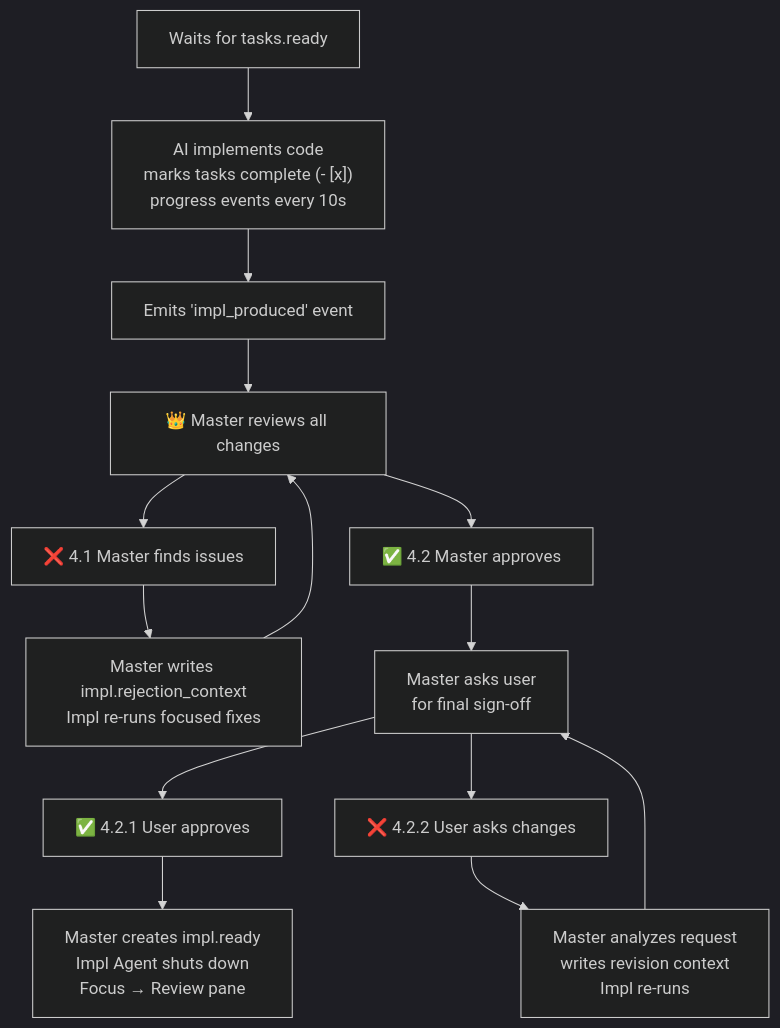
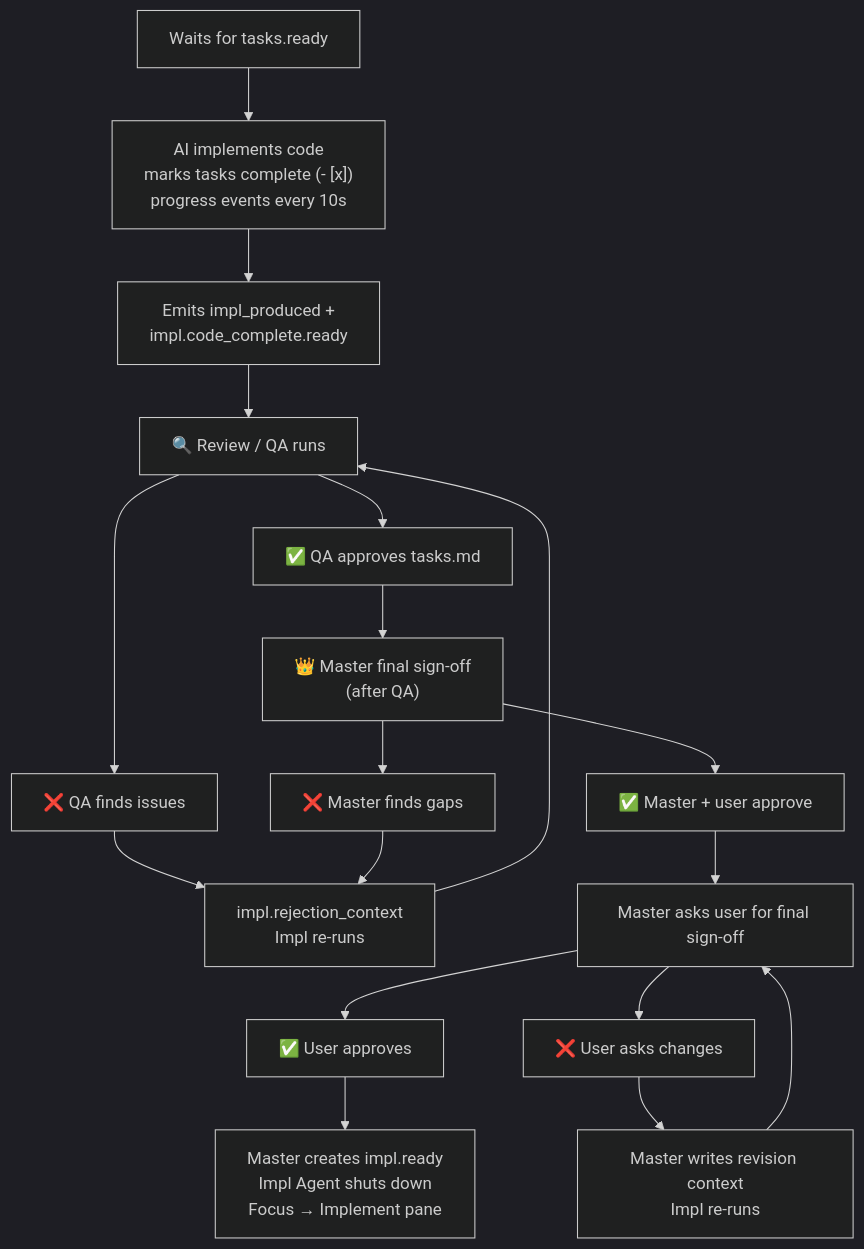
The fifth of 7 diagrams in docs/AGENT-COMMUNICATION.md (weprodev/FlowAI), drawn with Mermaid (dark theme) before and after one commit. The commit also changed other lines of this file and 23 other files, not shown here.

Commit message:
refactor: enhance agent communication protocols and implement spec readiness checks for feature branching

````diff
--- a/docs/AGENT-COMMUNICATION.md
+++ b/docs/AGENT-COMMUNICATION.md
@@ -231,25 +256,32 @@
 ```mermaid
 flowchart TD
     Wait["Waits for tasks.ready"]
     AI["AI implements code<br/>marks tasks complete (- [x])<br/>progress events every 10s"]
-    Done["Emits 'impl_produced' event"]
-    MasterReview["👑 Master reviews all changes"]
+    Done["Emits impl_produced +<br/>impl.code_complete.ready"]
+    QA["🔍 Review / QA runs"]
 
-    Issues["❌ 4.1 Master finds issues"]
-    OK["✅ 4.2 Master approves"]
+    IssuesQA["❌ QA finds issues"]
+    OKQA["✅ QA approves tasks.md"]
 
-    Fix["Master writes impl.rejection_context<br/>Impl re-runs focused fixes"]
-    UserGate["Master asks user<br/>for final sign-off"]
+    MasterFinal["👑 Master final sign-off<br/>(after QA)"]
 
-    UserApprove["✅ 4.2.1 User approves"]
-    UserReject["❌ 4.2.2 User asks changes"]
+    IssuesM["❌ Master finds gaps"]
+    OKM["✅ Master + user approve"]
 
-    ImplReady["Master creates impl.ready<br/>Impl Agent shuts down<br/>Focus → Review pane"]
-    UserFix["Master analyzes request<br/>writes revision context<br/>Impl re-runs"]
+    FixQA["impl.rejection_context<br/>Impl re-runs"]
+    UserGate["Master asks user for final sign-off"]
 
-    Wait --> AI --> Done --> MasterReview
-    MasterReview --> Issues --> Fix --> MasterReview
-    MasterReview --> OK --> UserGate
+    UserApprove["✅ User approves"]
+    UserReject["❌ User asks changes"]
+
+    ImplReady["Master creates impl.ready<br/>Impl Agent shuts down<br/>Focus → Implement pane"]
+    UserFix["Master writes revision context<br/>Impl re-runs"]
+
+    Wait --> AI --> Done --> QA
+    QA --> IssuesQA --> FixQA --> QA
+    QA --> OKQA --> MasterFinal
+    MasterFinal --> IssuesM --> FixQA
+    MasterFinal --> OKM --> UserGate
     UserGate --> UserApprove --> ImplReady
     UserGate --> UserReject --> UserFix --> UserGate
 ```
````
